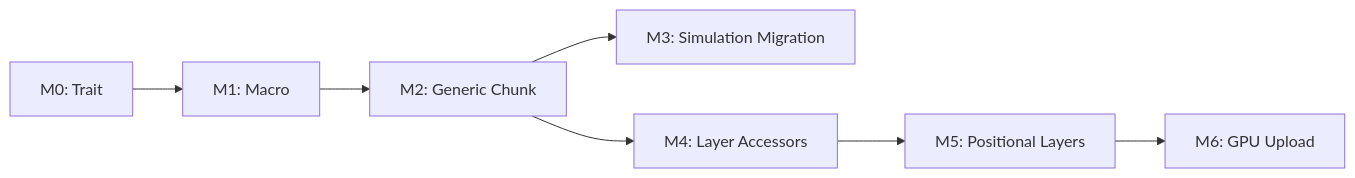
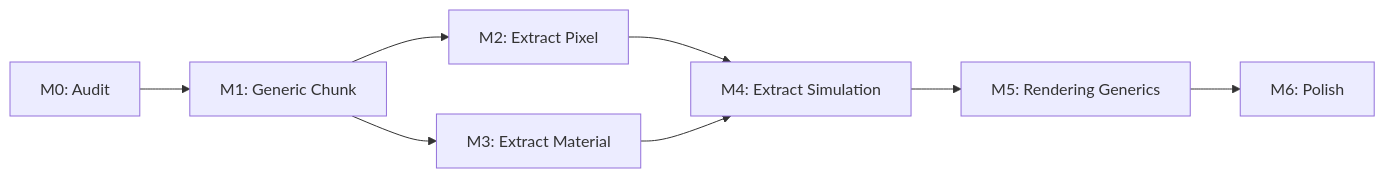
The diagram in docs/implementation/modularity-refactor.md (api-haus/bevy_pixel_world), drawn with Mermaid before and after one commit. The commit also changed other lines of this file and 6 other files, not shown here.

````diff
--- a/docs/implementation/modularity-refactor.md
+++ b/docs/implementation/modularity-refactor.md
@@ -480,9 +477,10 @@
 ```mermaid
 graph LR
-    M0[M0: Trait] --> M1[M1: Macro]
-    M1 --> M2[M2: Generic Chunk]
-    M2 --> M3[M3: Simulation Migration]
-    M2 --> M4[M4: Layer Accessors]
-    M4 --> M5[M5: Positional Layers]
-    M5 --> M6[M6: GPU Upload]
+    M0[M0: Audit] --> M1[M1: Generic Chunk]
+    M1 --> M2[M2: Extract Pixel]
+    M1 --> M3[M3: Extract Material]
+    M2 --> M4[M4: Extract Simulation]
+    M3 --> M4
+    M4 --> M5[M5: Rendering Generics]
+    M5 --> M6[M6: Polish]
 ```
````
